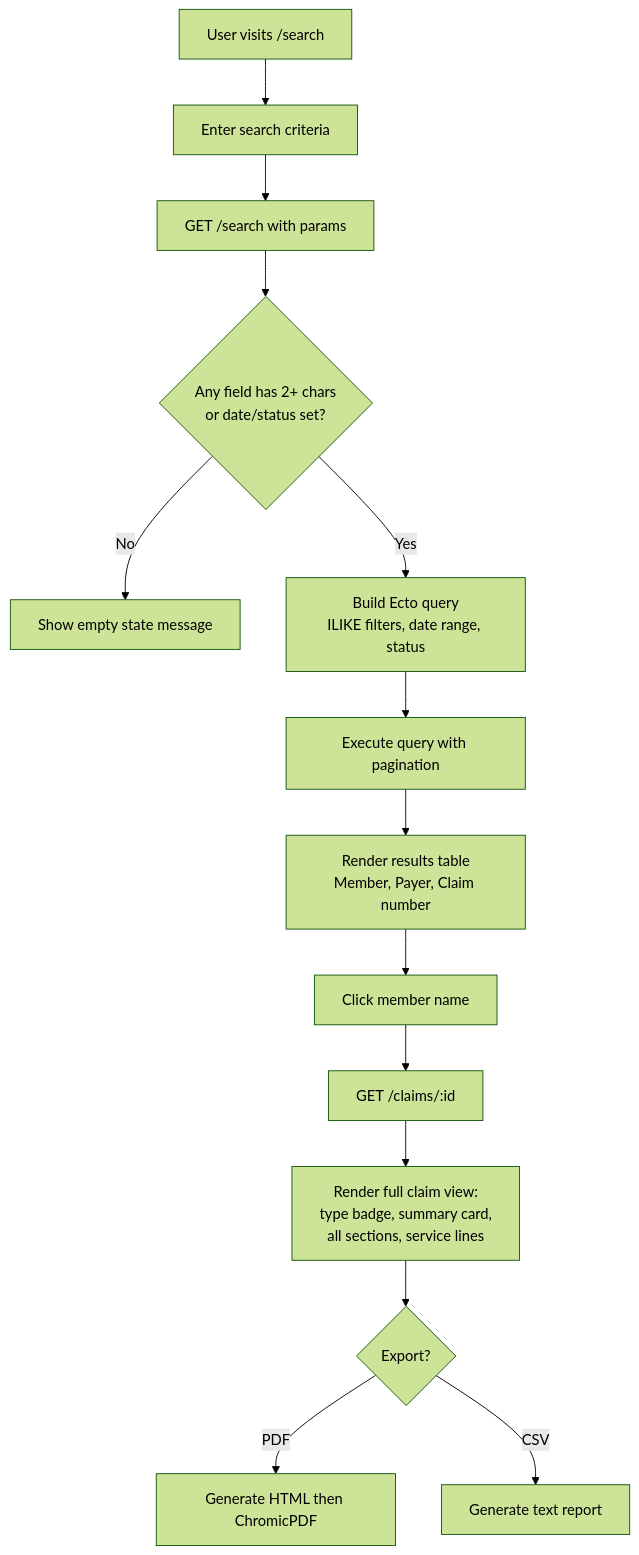
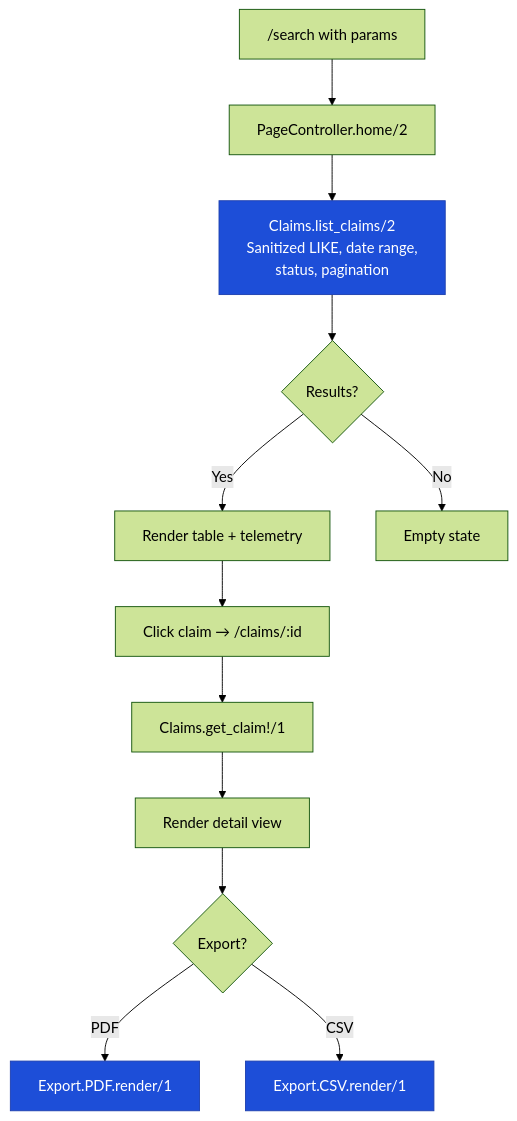
The fifth of 6 diagrams in README.md (nagashi/X12-Claims-Translator-Viewer), drawn with Mermaid (forest theme) before and after one commit. The commit also changed other lines of this file, not shown here.

Commit message:
Overhauled Architecture & ran Property based tests

````diff
--- a/README.md
+++ b/README.md
@@ -208,16 +278,18 @@
 ```mermaid
 flowchart TD
-    A[User visits /search] --> B[Enter search criteria]
-    B --> C[GET /search with params]
-    C --> D{Any field has 2+ chars<br/>or date/status set?}
-    D -->|No| E[Show empty state message]
-    D -->|Yes| F[Build Ecto query<br/>ILIKE filters, date range, status]
-    F --> G[Execute query with pagination]
-    G --> H[Render results table<br/>Member, Payer, Claim number]
-    H --> I[Click member name]
-    I --> J[GET /claims/:id]
-    J --> K[Render full claim view:<br/>type badge, summary card,<br/>all sections, service lines]
-    K --> L{Export?}
-    L -->|PDF| M[Generate HTML then ChromicPDF]
-    L -->|CSV| N[Generate text report]
+    A["/search with params"] --> B["PageController.home/2"]
+    B --> C["Claims.list_claims/2<br/>Sanitized LIKE, date range,<br/>status, pagination"]
+    C --> D{"Results?"}
+    D -->|"Yes"| E["Render table + telemetry"]
+    D -->|"No"| F["Empty state"]
+    E --> G["Click claim → /claims/:id"]
+    G --> H["Claims.get_claim!/1"]
+    H --> I["Render detail view"]
+    I --> J{"Export?"}
+    J -->|"PDF"| K["Export.PDF.render/1"]
+    J -->|"CSV"| L["Export.CSV.render/1"]
+
+    style C fill:#1d4ed8,color:#fff,stroke:#1e40af
+    style K fill:#1d4ed8,color:#fff,stroke:#1e40af
+    style L fill:#1d4ed8,color:#fff,stroke:#1e40af
 ```
````
